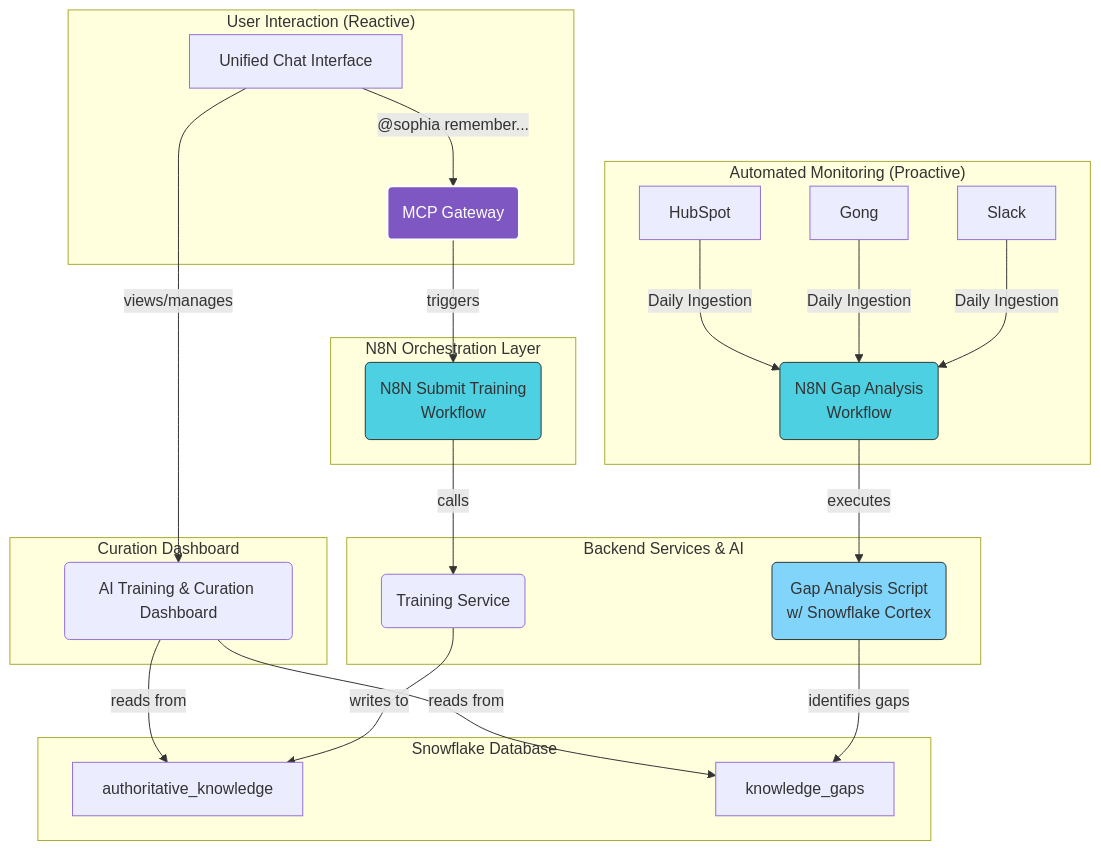
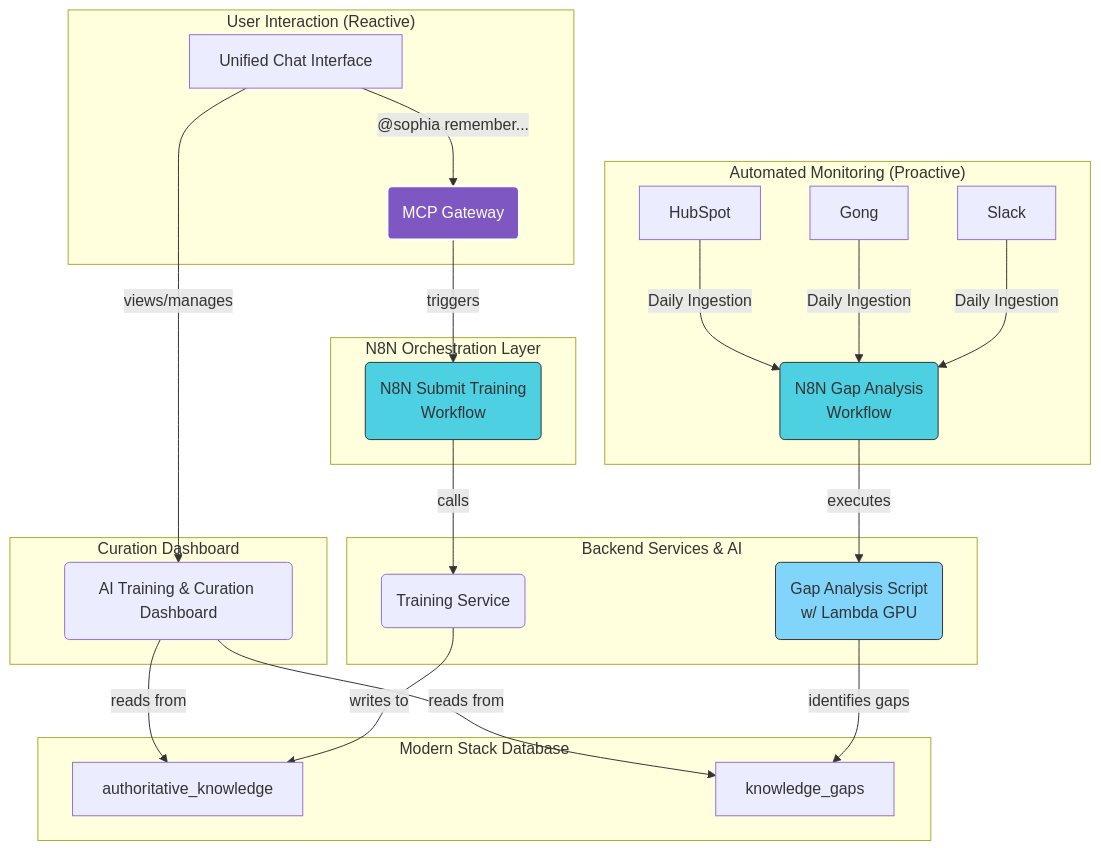
One commit to ai-cherry/sophia-strategic-development changed the second of 3 diagrams in docs/system_handbook/03_4_Contextual_Memory_Architecture.md. Above: the diagram before and after it, drawn with Mermaid. The commit also changed other lines of this file and 646 other files, not shown here.

````diff
--- a/docs/system_handbook/03_4_Contextual_Memory_Architecture.md
+++ b/docs/system_handbook/03_4_Contextual_Memory_Architecture.md
@@ -175,51 +175,51 @@
 ```mermaid
 graph TD
     subgraph "User Interaction (Reactive)"
         U[Unified Chat Interface]
         U -- "@sophia remember..." --> GW
     end
 
     subgraph "Automated Monitoring (Proactive)"
         S[Slack]
         G[Gong]
         H[HubSpot]
         S & G & H -- Daily Ingestion --> NW_Gap
     end
 
     subgraph "N8N Orchestration Layer"
         GW(MCP Gateway)
         NW_Gap(N8N Gap Analysis<br>Workflow)
 
         GW -- triggers --> NW_Submit
         NW_Submit(N8N Submit Training<br>Workflow)
     end
 
     subgraph "Backend Services & AI"
         TS(Training Service)
-        GS(Gap Analysis Script<br>w/ Snowflake Cortex)
+        GS(Gap Analysis Script<br>w/ Lambda GPU)
     end
 
-    subgraph "Snowflake Database"
+    subgraph "Modern Stack Database"
         AK[authoritative_knowledge]
         KG[knowledge_gaps]
     end
 
     subgraph "Curation Dashboard"
         DB(AI Training & Curation Dashboard)
     end
 
     NW_Submit -- calls --> TS
     TS -- writes to --> AK
 
     NW_Gap -- executes --> GS
     GS -- identifies gaps --> KG
 
     DB -- reads from --> AK
     DB -- reads from --> KG
     U -- views/manages --> DB
 
     style GW fill:#7E57C2,stroke:#FFF,stroke-width:2px,color:#FFF
     style NW_Gap fill:#4DD0E1,stroke:#333,stroke-width:1px
     style NW_Submit fill:#4DD0E1,stroke:#333,stroke-width:1px
     style GS fill:#81D4FA,stroke:#333
 ```
````
